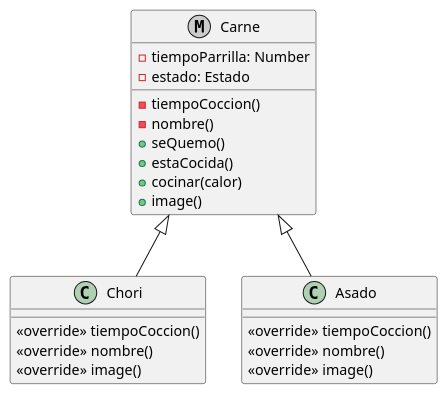
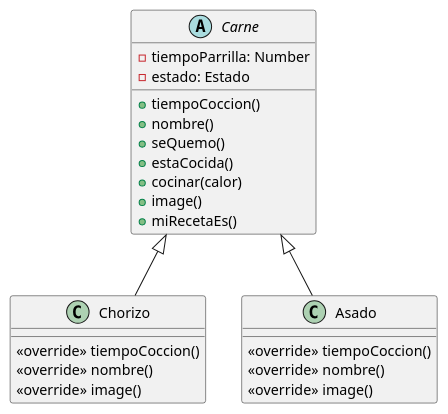
One commit to pdep-mit/tp-wg-2026-poder-gordos_compu changed the diagram in diagramaCarne.puml. Above: the diagram before and after it, drawn with PlantUML. The commit also changed 3 other files, not shown here.

```diff
--- a/diagramaCarne.puml
+++ b/diagramaCarne.puml
@@ -1,30 +1,31 @@
 @startuml diagrama de estatico de "Carnes" 
 
-metaclass Carne{
+abstract Class Carne{
     -tiempoParrilla: Number
     -estado: Estado
-    -tiempoCoccion()
-    -nombre()
+    +tiempoCoccion()
+    +nombre()
     +seQuemo()
     +estaCocida()
     +cocinar(calor)
     +image()
+    +miRecetaEs()
 }
 
-class Chori{
+class Chorizo{
     <<override>> tiempoCoccion() 
     <<override>> nombre()
     <<override>> image()
 }
 
 class Asado{
     <<override>> tiempoCoccion() 
     <<override>> nombre()
     <<override>> image()
 }
 
-Carne <|-- Chori
+Carne <|-- Chorizo
 Carne <|-- Asado 
 
 
 @enduml
```
